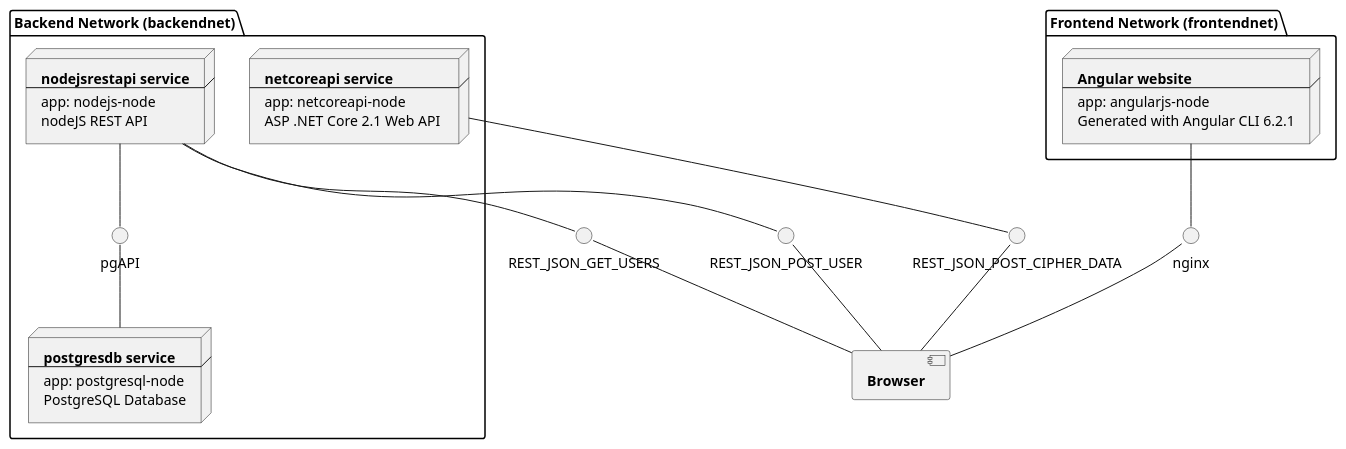
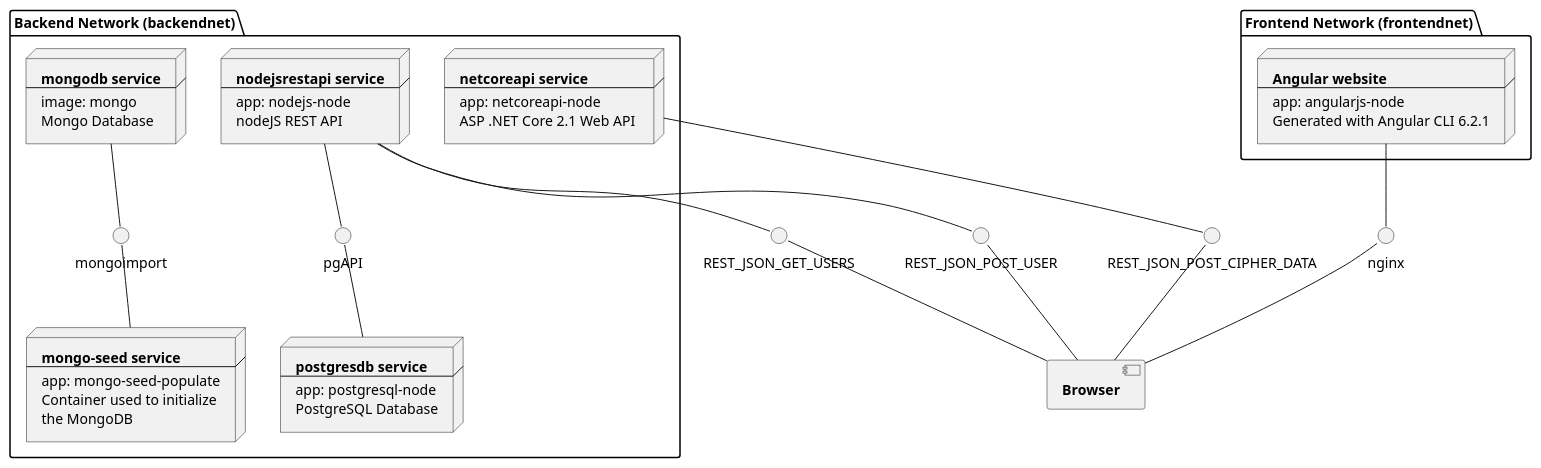
The diagram in system_presentation.puml (anaselhajjaji/DockerStarterArchi), drawn with PlantUML before and after one commit.

```diff
--- a/system_presentation.puml
+++ b/system_presentation.puml
@@ -1,53 +1,71 @@
 @startuml
 
 package "Frontend Network (frontendnet)" {
     node angularwebsite [
         <b>Angular website
         ----
         app: angularjs-node
         Generated with Angular CLI 6.2.1
     ]
 }
 
 package "Backend Network (backendnet)" {
     node postgresdb [
         <b>postgresdb service
         ----
         app: postgresql-node
         PostgreSQL Database
     ]
 
     node netcoreapi [
         <b>netcoreapi service
         ----
         app: netcoreapi-node
         ASP .NET Core 2.1 Web API 
     ]
 
     node nodejsrestapi [
         <b>nodejsrestapi service
         ----
         app: nodejs-node
         nodeJS REST API
     ]
 
+    node mongodb [
+        <b>mongodb service
+        ----
+        image: mongo
+        Mongo Database
+    ]
+
+    node mongoseed [
+        <b>mongo-seed service
+        ----
+        app: mongo-seed-populate
+        Container used to initialize 
+        the MongoDB
+    ]
+
+    [mongodb] -- mongoimport
+    mongoimport -- mongoseed
+
     [nodejsrestapi] -- pgAPI
     pgAPI -- postgresdb
 }
 
 [nodejsrestapi] -- REST_JSON_GET_USERS
 [nodejsrestapi] -- REST_JSON_POST_USER
 [netcoreapi] -- REST_JSON_POST_CIPHER_DATA
 
 component browser [
     <b>Browser
 ]
 
 [angularwebsite] -- nginx
 nginx -- browser
 
 browser -up- REST_JSON_GET_USERS
 browser -up- REST_JSON_POST_USER
 browser -up- REST_JSON_POST_CIPHER_DATA
 
 @enduml
```
